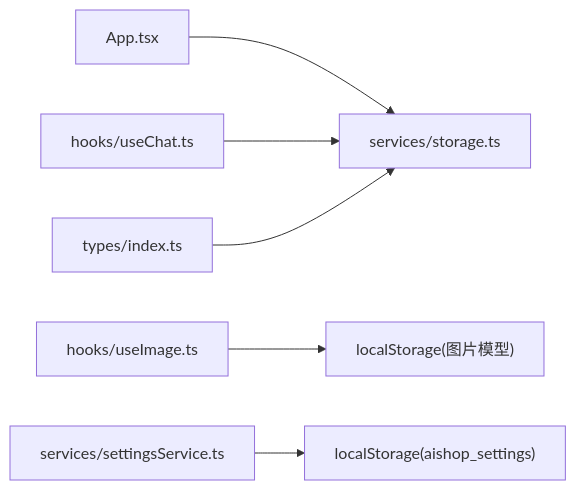
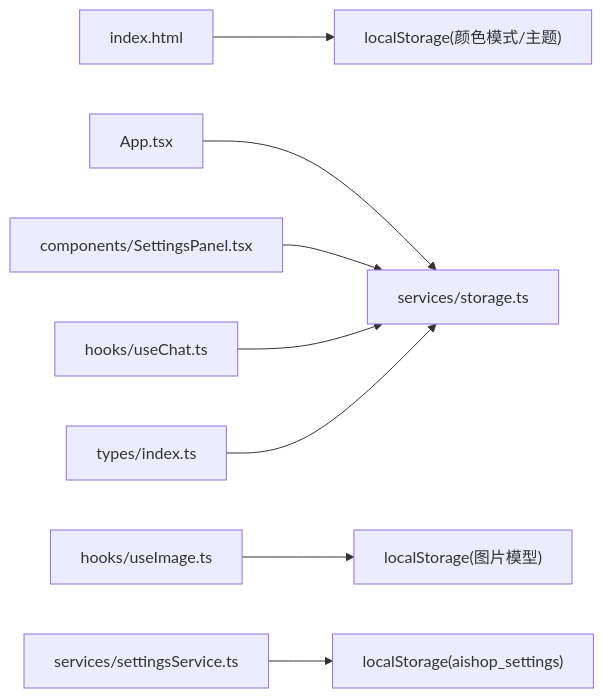
The fourth of 4 diagrams in .qoder/repowiki/zh/content/数据持久化/本地存储服务.md (billye220670/AIShop), drawn with Mermaid before and after one commit. The commit also changed other lines of this file and 44 other files, not shown here.

````diff
--- a/.qoder/repowiki/zh/content/数据持久化/本地存储服务.md
+++ b/.qoder/repowiki/zh/content/数据持久化/本地存储服务.md
@@ -186,8 +245,10 @@
 ```mermaid
 graph LR
+HTML["index.html"] --> LS["localStorage(颜色模式/主题)"]
 App["App.tsx"] --> Storage["services/storage.ts"]
+Settings["components/SettingsPanel.tsx"] --> Storage
 Chat["hooks/useChat.ts"] --> Storage
-Image["hooks/useImage.ts"] --> LS["localStorage(图片模型)"]
-Settings["services/settingsService.ts"] --> LS2["localStorage(aishop_settings)"]
+Image["hooks/useImage.ts"] --> LS2["localStorage(图片模型)"]
+SettingsSvc["services/settingsService.ts"] --> LS3["localStorage(aishop_settings)"]
 Types["types/index.ts"] --> Storage
 ```
````
